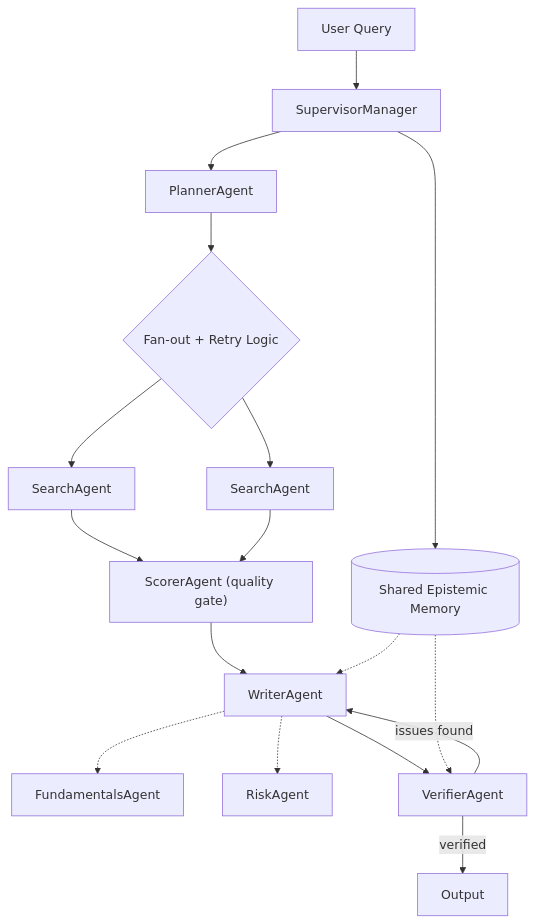
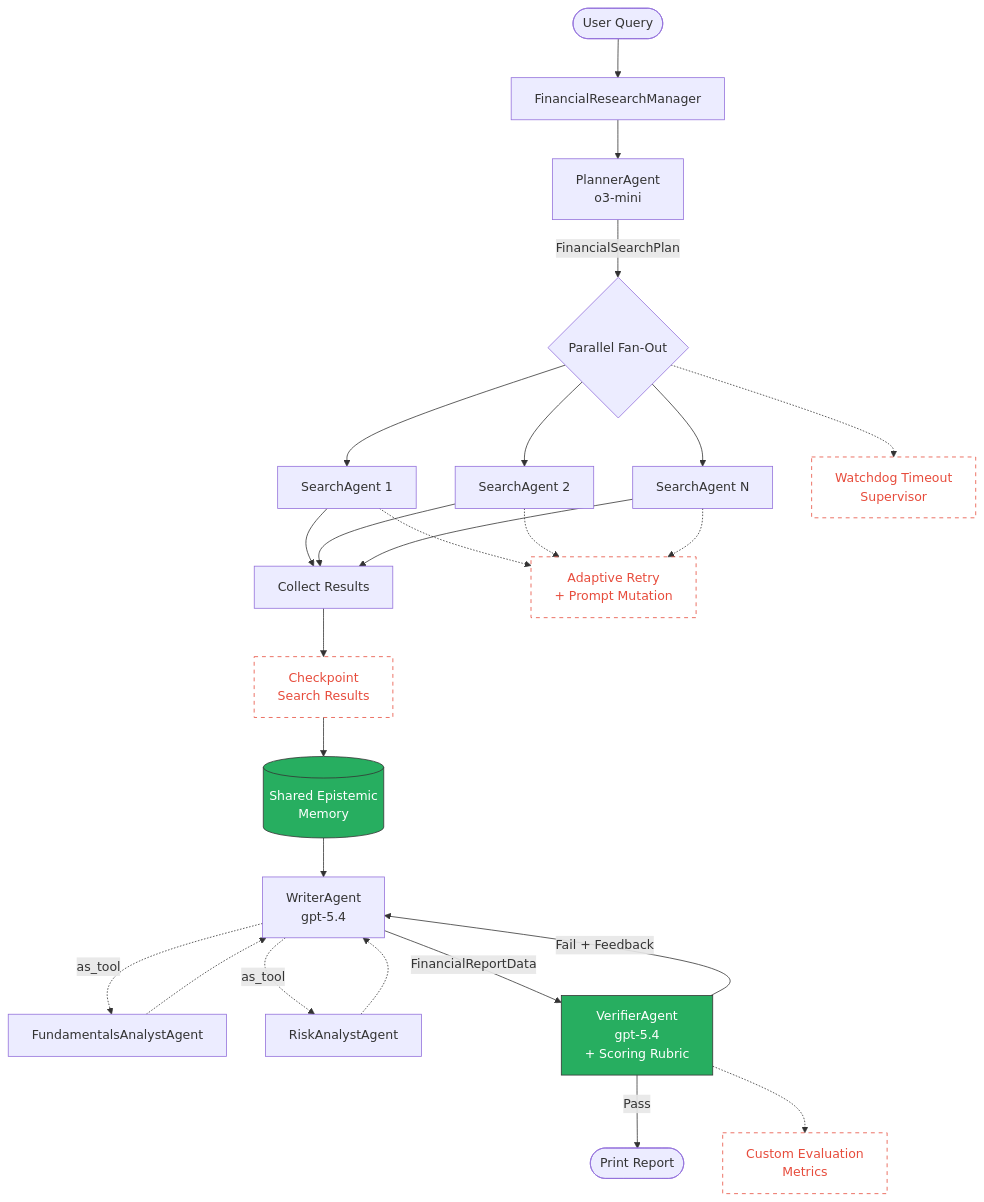
Before and after one commit to marcus-waldman/Iconsult_mcp: the second of 2 diagrams in README.md, drawn with Mermaid. The commit also changed other lines of this file, not shown here.

First line of the commit message:
Update README to match current HTML report and new video link

````diff
--- a/README.md
+++ b/README.md
@@ -51,18 +57,33 @@
 ```mermaid
 flowchart TD
-    Q["User Query"] --> SUP["SupervisorManager"]
-    SUP --> MEM[("Shared Epistemic Memory")]
-    SUP --> PLAN["PlannerAgent"]
-    PLAN --> FAN{"Fan-out + Retry Logic"}
-    FAN --> S1["SearchAgent"]
-    FAN --> S2["SearchAgent"]
-    S1 & S2 --> SCR["ScorerAgent (quality gate)"]
-    SCR --> W["WriterAgent"]
-    W -.-> FA["FundamentalsAgent"]
-    W -.-> RA["RiskAgent"]
-    W --> V["VerifierAgent"]
-    V -->|"issues found"| W
-    V -->|"verified"| OUT["Output"]
-    MEM -.-> W
-    MEM -.-> V
+    User(["User Query"]) --> Manager["FinancialResearchManager"]
+    Manager --> Planner["PlannerAgent\no3-mini"]
+    Planner -->|"FinancialSearchPlan"| FanOut{"Parallel Fan-Out"}
+    FanOut --> S1["SearchAgent 1"]
+    FanOut --> S2["SearchAgent 2"]
+    FanOut --> SN["SearchAgent N"]
+    S1 --> Collect["Collect Results"]
+    S2 --> Collect
+    SN --> Collect
+
+    FanOut -.-> WD["Watchdog Timeout\nSupervisor"]:::opportunity
+    S1 -.-> RT["Adaptive Retry\n+ Prompt Mutation"]:::opportunity
+    S2 -.-> RT
+    SN -.-> RT
+
+    Collect --> CP1["Checkpoint\nSearch Results"]:::opportunity
+    CP1 --> SharedMem[("Shared Epistemic\nMemory")]:::newpattern
+    SharedMem --> Writer["WriterAgent\ngpt-5.4"]
+    Writer -.->|"as_tool"| Fundamentals["FundamentalsAnalystAgent"]
+    Writer -.->|"as_tool"| Risk["RiskAnalystAgent"]
+    Fundamentals -.-> Writer
+    Risk -.-> Writer
+
+    Writer -->|"FinancialReportData"| Verifier["VerifierAgent\ngpt-5.4\n+ Scoring Rubric"]:::newpattern
+    Verifier -->|"Pass"| Output(["Print Report"])
+    Verifier -->|"Fail + Feedback"| Writer
+    Verifier -.-> Metrics["Custom Evaluation\nMetrics"]:::opportunity
+
+    classDef opportunity fill:none,stroke:#E74C3C,stroke-dasharray:5 5,color:#E74C3C
+    classDef newpattern fill:#27AE60,stroke:#333,color:white
 ```
````
